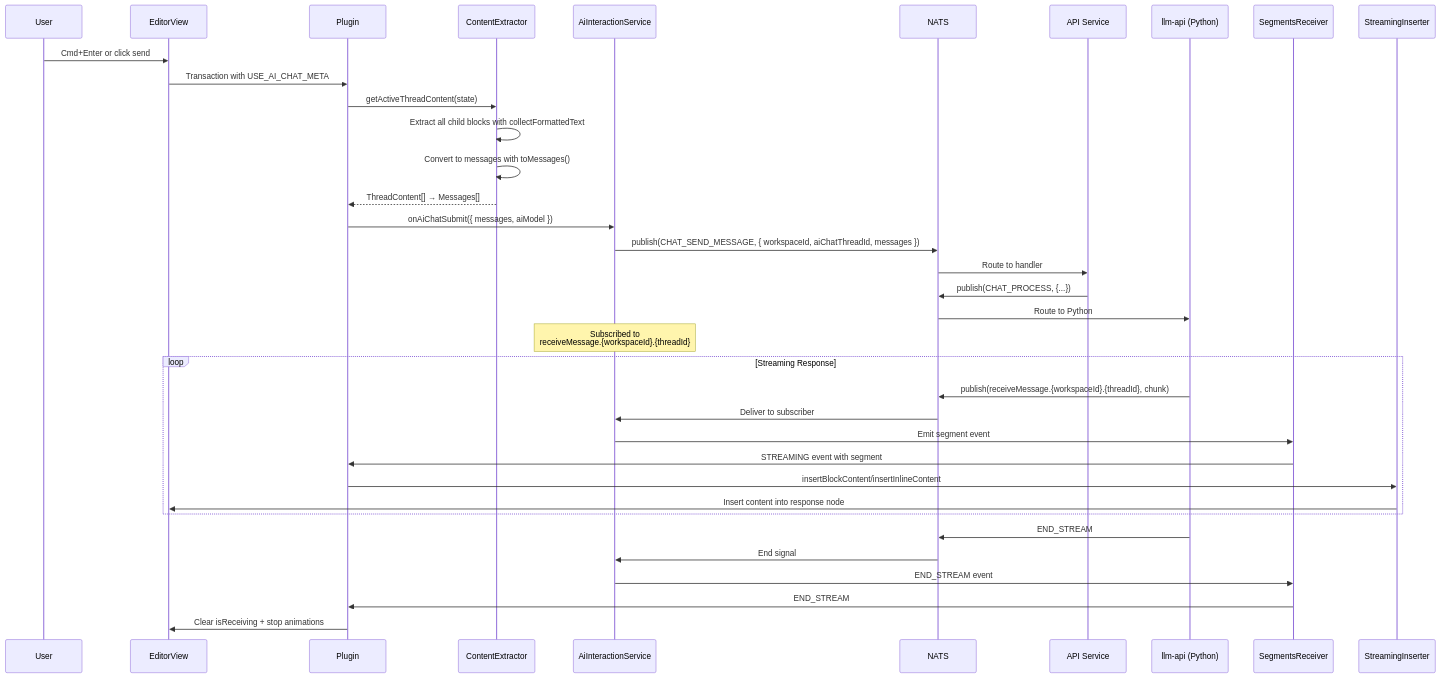
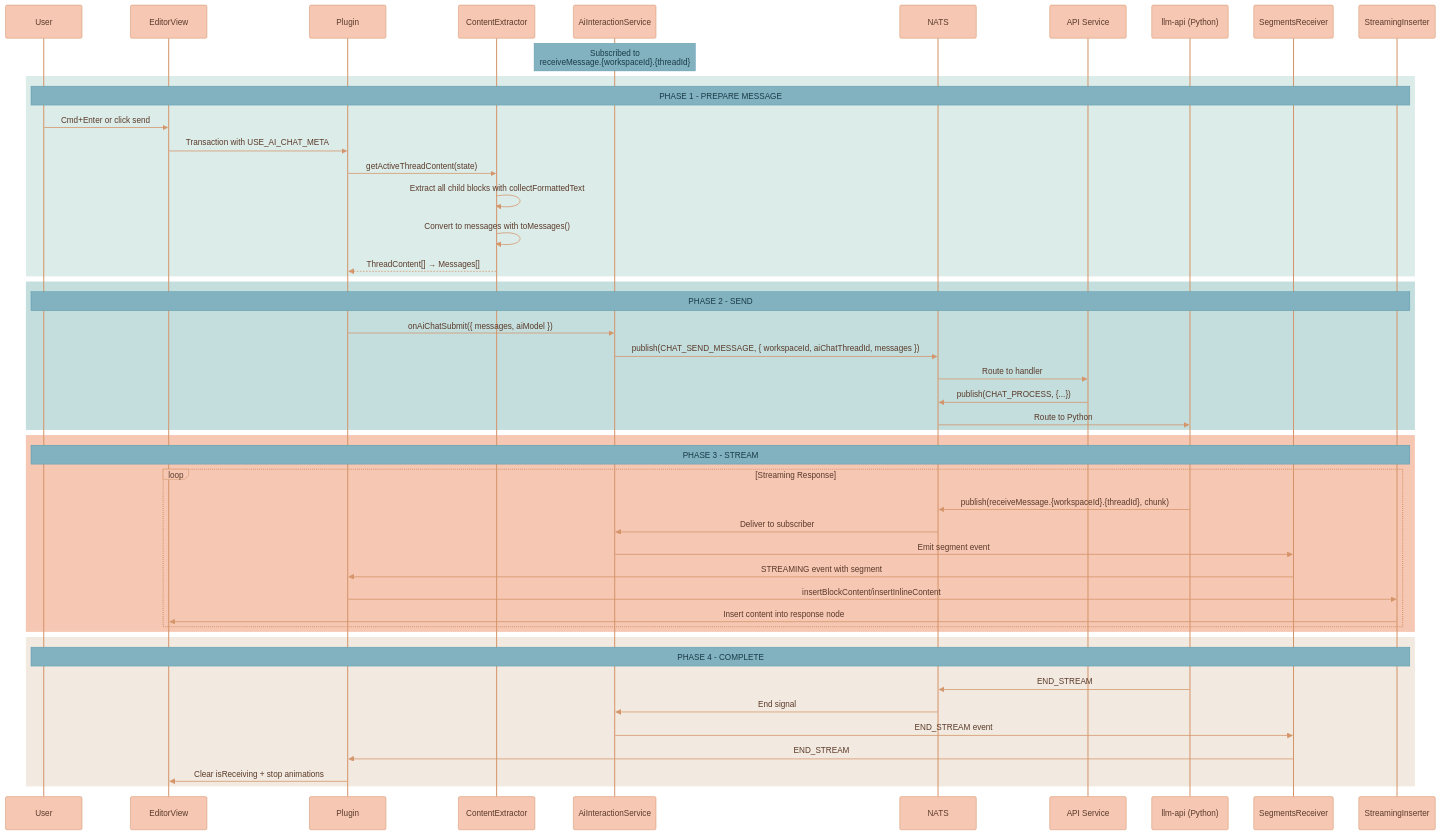
The third of 5 diagrams in services/web-ui/src/components/proseMirror/plugins/aiChatThreadPlugin/README.md (Lixpi/lixpi), drawn with Mermaid before and after one commit. The commit also changed other lines of this file and 27 other files, not shown here.

````diff
--- a/services/web-ui/src/components/proseMirror/plugins/aiChatThreadPlugin/README.md
+++ b/services/web-ui/src/components/proseMirror/plugins/aiChatThreadPlugin/README.md
@@ -102,42 +104,67 @@
 ```mermaid
+%%{init: {'theme': 'base', 'themeVariables': { 'noteBkgColor': '#82B2C0', 'noteTextColor': '#1a3a47', 'noteBorderColor': '#5a9aad', 'actorBkg': '#F6C7B3', 'actorBorder': '#d4956a', 'actorTextColor': '#5a3a2a', 'actorLineColor': '#d4956a', 'signalColor': '#d4956a', 'signalTextColor': '#5a3a2a', 'labelBoxBkgColor': '#F6C7B3', 'labelBoxBorderColor': '#d4956a', 'labelTextColor': '#5a3a2a', 'loopTextColor': '#5a3a2a', 'activationBorderColor': '#d4956a', 'activationBkgColor': '#C3DEDD', 'sequenceNumberColor': '#5a3a2a'}}}%%
 sequenceDiagram
-    participant U as User
-    participant EV as EditorView
-    participant PL as Plugin
-    participant CE as ContentExtractor
-    participant AIS as AiInteractionService
-    participant NATS as NATS
-    participant API as API Service
-    participant LLM as llm-api (Python)
-    participant SR as SegmentsReceiver
-    participant SI as StreamingInserter
+  participant U as User
+  participant EV as EditorView
+  participant PL as Plugin
+  participant CE as ContentExtractor
+  participant AIS as AiInteractionService
+  participant NATS as NATS
+  participant API as API Service
+  participant LLM as llm-api (Python)
+  participant SR as SegmentsReceiver
+  participant SI as StreamingInserter
+  Note over AIS: Subscribed to<br/>receiveMessage.{workspaceId}.{threadId}
 
+  %% ═══════════════════════════════════════════════════════════════
+  %% PHASE 1: PREPARE MESSAGE
+  %% ═══════════════════════════════════════════════════════════════
+  rect rgb(220, 236, 233)
+    Note over U, SI: PHASE 1 - PREPARE MESSAGE
     U->>EV: Cmd+Enter or click send
     EV->>PL: Transaction with USE_AI_CHAT_META
     PL->>CE: getActiveThreadContent(state)
     CE->>CE: Extract all child blocks with collectFormattedText
     CE->>CE: Convert to messages with toMessages()
     CE-->>PL: ThreadContent[] → Messages[]
+  end
+
+  %% ═══════════════════════════════════════════════════════════════
+  %% PHASE 2: SEND
+  %% ═══════════════════════════════════════════════════════════════
+  rect rgb(195, 222, 221)
+    Note over U, SI: PHASE 2 - SEND
     PL->>AIS: onAiChatSubmit({ messages, aiModel })
     AIS->>NATS: publish(CHAT_SEND_MESSAGE, { workspaceId, aiChatThreadId, messages })
     NATS->>API: Route to handler
     API->>NATS: publish(CHAT_PROCESS, {...})
     NATS->>LLM: Route to Python
+  end
 
-    Note over AIS: Subscribed to<br/>receiveMessage.{workspaceId}.{threadId}
+  %% ═══════════════════════════════════════════════════════════════
+  %% PHASE 3: STREAM
+  %% ═══════════════════════════════════════════════════════════════
+  rect rgb(246, 199, 179)
+    Note over U, SI: PHASE 3 - STREAM
+    loop Streaming Response
+      LLM->>NATS: publish(receiveMessage.{workspaceId}.{threadId}, chunk)
+      NATS->>AIS: Deliver to subscriber
+      AIS->>SR: Emit segment event
+      SR->>PL: STREAMING event with segment
+      PL->>SI: insertBlockContent/insertInlineContent
+      SI->>EV: Insert content into response node
+    end
+  end
 
-    loop Streaming Response
-        LLM->>NATS: publish(receiveMessage.{workspaceId}.{threadId}, chunk)
-        NATS->>AIS: Deliver to subscriber
-        AIS->>SR: Emit segment event
-        SR->>PL: STREAMING event with segment
-        PL->>SI: insertBlockContent/insertInlineContent
-        SI->>EV: Insert content into response node
-    end
-
+  %% ═══════════════════════════════════════════════════════════════
+  %% PHASE 4: COMPLETE
+  %% ═══════════════════════════════════════════════════════════════
+  rect rgb(242, 234, 224)
+    Note over U, SI: PHASE 4 - COMPLETE
     LLM->>NATS: END_STREAM
     NATS->>AIS: End signal
     AIS->>SR: END_STREAM event
     SR->>PL: END_STREAM
     PL->>EV: Clear isReceiving + stop animations
+  end
 ```
````
